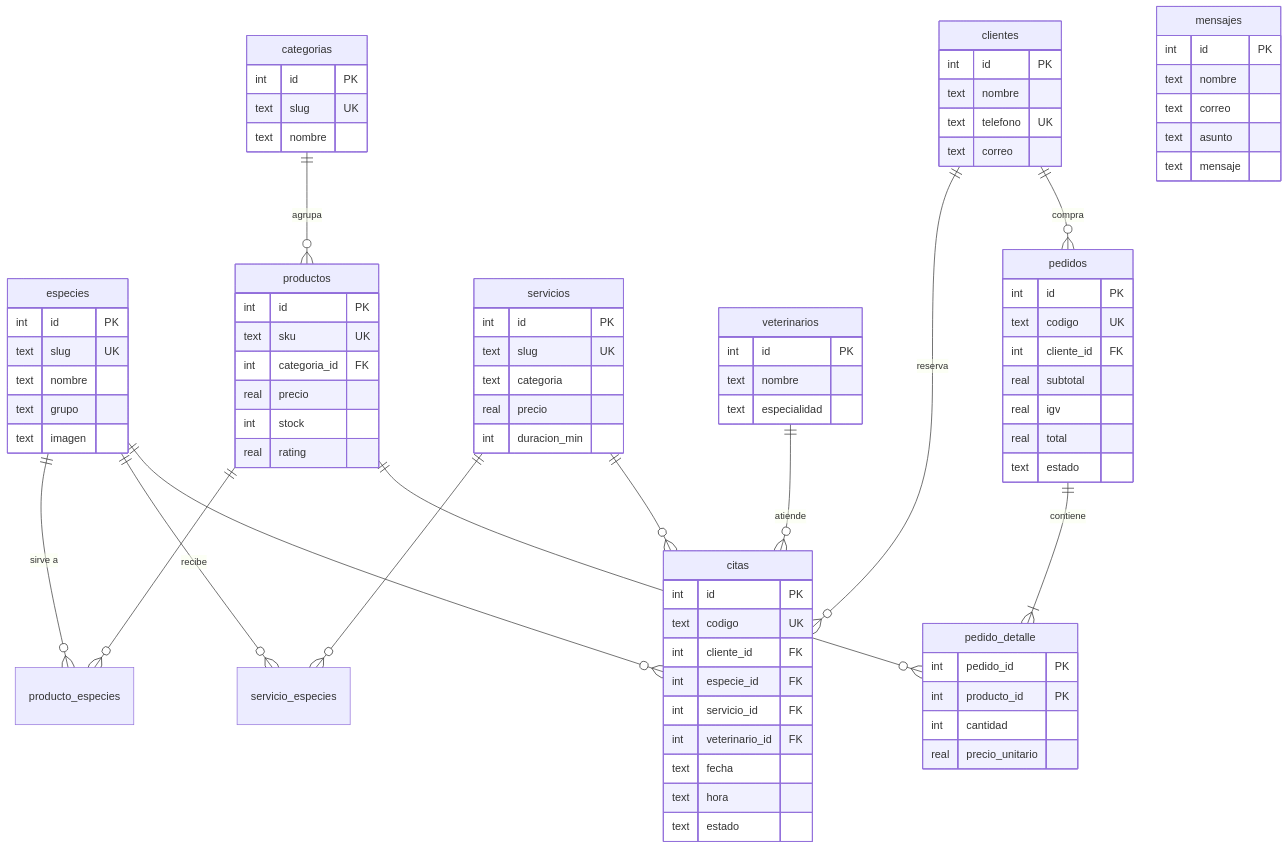
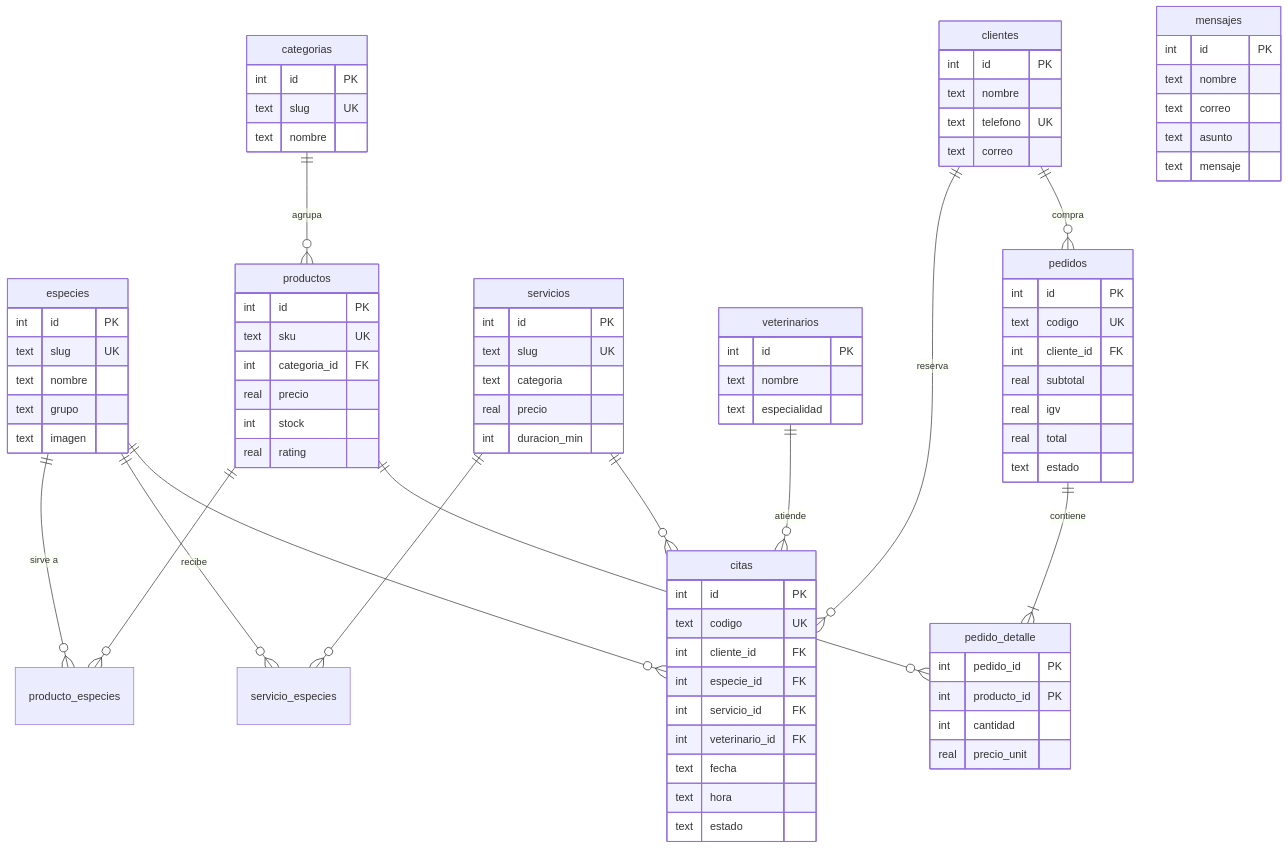
Before and after one commit to TOM-979/huellitavet: the diagram in docs/BASE_DE_DATOS.md, drawn with Mermaid. The commit also changed other lines of this file and 16 other files, not shown here.

````diff
--- a/docs/BASE_DE_DATOS.md
+++ b/docs/BASE_DE_DATOS.md
@@ -7,26 +15,26 @@
 ```mermaid
 erDiagram
   especies ||--o{ producto_especies : "sirve a"
   productos ||--o{ producto_especies : ""
   categorias ||--o{ productos : "agrupa"
   especies ||--o{ servicio_especies : "recibe"
   servicios ||--o{ servicio_especies : ""
   clientes ||--o{ citas : "reserva"
   especies ||--o{ citas : ""
   servicios ||--o{ citas : ""
   veterinarios ||--o{ citas : "atiende"
   clientes ||--o{ pedidos : "compra"
   pedidos ||--|{ pedido_detalle : "contiene"
   productos ||--o{ pedido_detalle : ""
 
   especies { int id PK  text slug UK  text nombre  text grupo  text imagen }
   categorias { int id PK  text slug UK  text nombre }
   productos { int id PK  text sku UK  int categoria_id FK  real precio  int stock  real rating }
   servicios { int id PK  text slug UK  text categoria  real precio  int duracion_min }
   veterinarios { int id PK  text nombre  text especialidad }
   clientes { int id PK  text nombre  text telefono UK  text correo }
   citas { int id PK  text codigo UK  int cliente_id FK  int especie_id FK  int servicio_id FK  int veterinario_id FK  text fecha  text hora  text estado }
   pedidos { int id PK  text codigo UK  int cliente_id FK  real subtotal  real igv  real total  text estado }
-  pedido_detalle { int pedido_id PK  int producto_id PK  int cantidad  real precio_unitario }
+  pedido_detalle { int pedido_id PK  int producto_id PK  int cantidad  real precio_unit }
   mensajes { int id PK  text nombre  text correo  text asunto  text mensaje }
 ```
````
